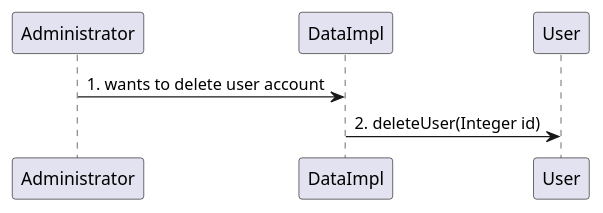
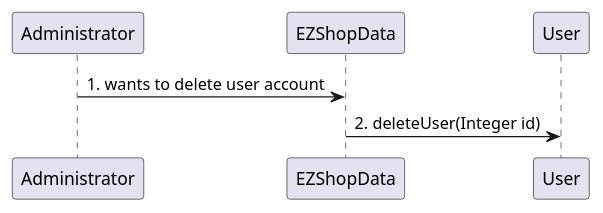
The seventh of 31 diagrams in Deliverables/DesignDocument.md (djemar/softeng_ezshop), drawn with PlantUML before and after one commit. The commit also changed other lines of this file, not shown here.

Commit message:
update SequenceDiagrams

````diff
--- a/Deliverables/DesignDocument.md
+++ b/Deliverables/DesignDocument.md
@@ -314,5 +314,5 @@
 ```plantuml
-"Administrator" -> "DataImpl": 1. wants to delete user account
-"DataImpl" -> "User": 2. deleteUser(Integer id)
+"Administrator" -> "EZShopData": 1. wants to delete user account
+"EZShopData" -> "User": 2. deleteUser(Integer id)
 
 ```
````
